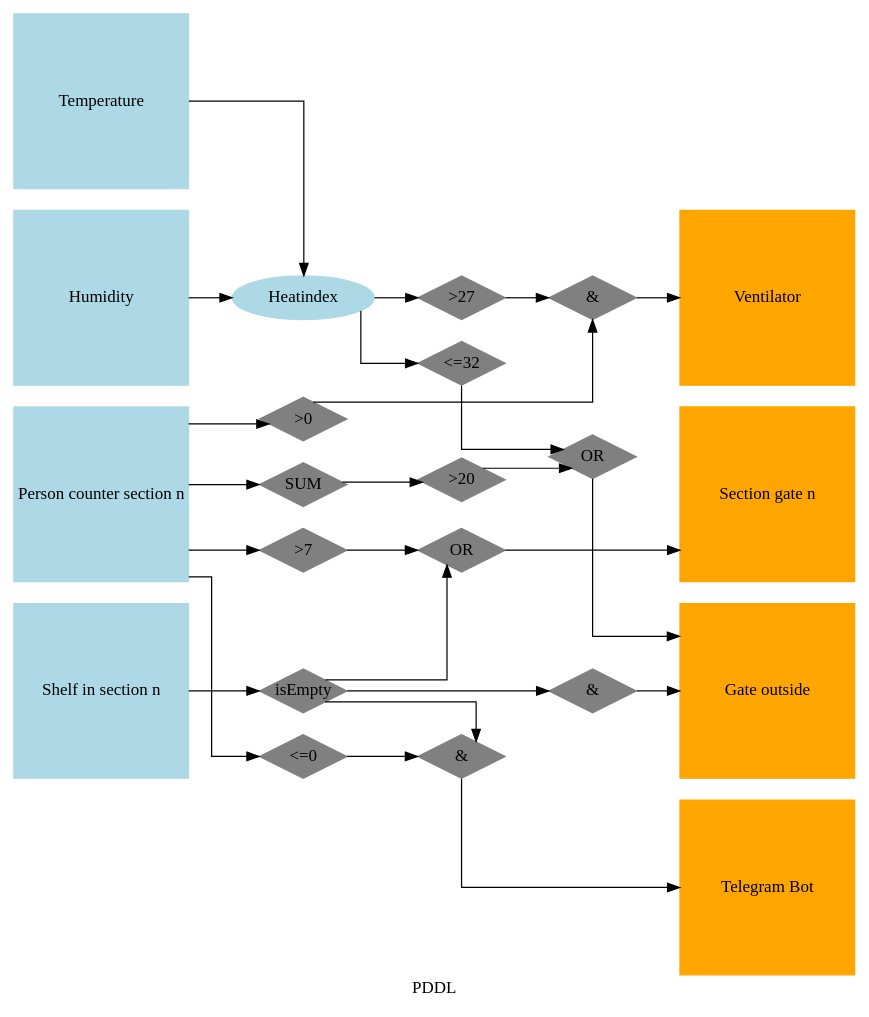
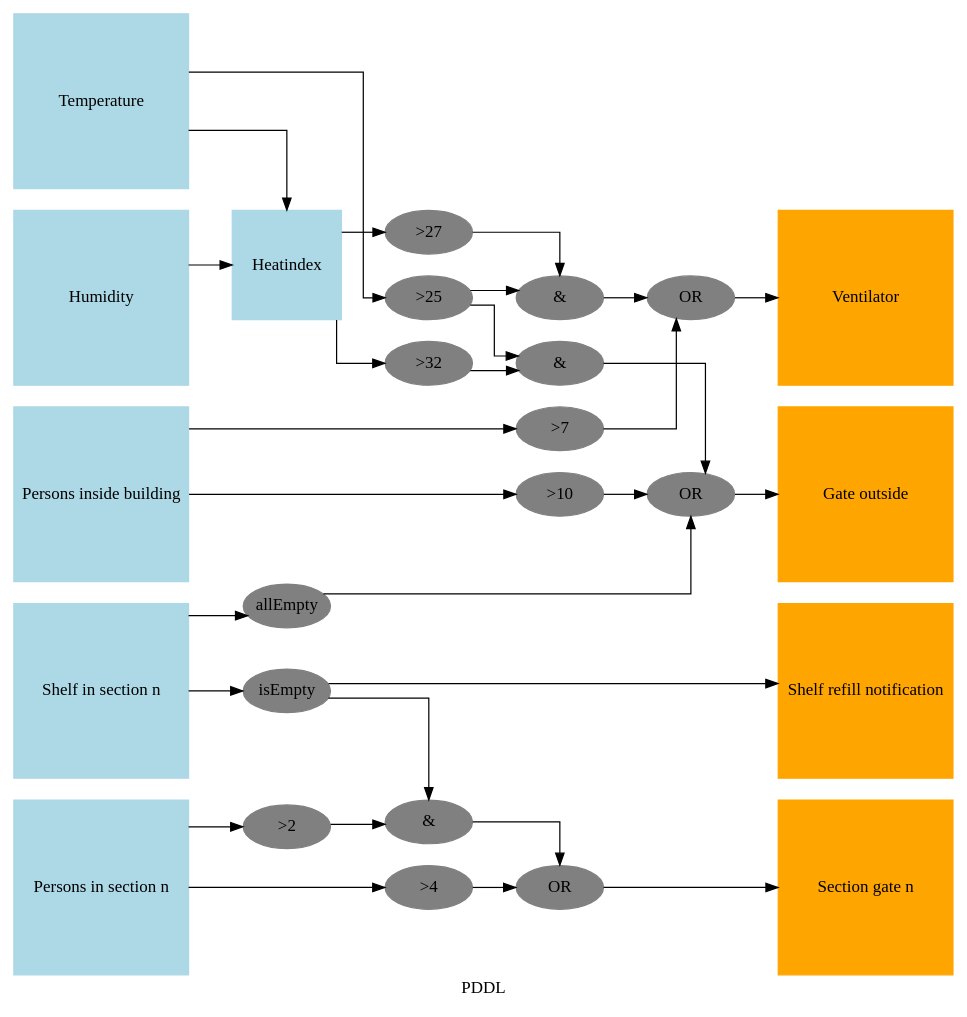
Before and after one commit to Stunkymonkey/Iot-university: the diagram in images/decision_tree.dot, drawn with Graphviz. The commit also changed 1 other file, not shown here.

Commit message:
[graph] updated graph

```diff
--- a/images/decision_tree.dot
+++ b/images/decision_tree.dot
@@ -1,66 +1,114 @@
 digraph G {
-    graph [label="PDDL", splines=ortho]
+    graph [label="PDDL", ortho=yes, splines=ortho]
     node [shape=box]
     rankdir=LR;
     compound=true;
 
     /* Sensors */
     temp    [label="Temperature", shape="square", style=filled, color=lightblue, fixedsize=true, width=2]
     humid   [label="Humidity", shape="square", style=filled, color=lightblue, fixedsize=true, width=2]
-    pcount  [label="Person counter section n", shape="square", style=filled, color=lightblue, fixedsize=true, width=2]
+    mcount [label="Persons inside building", shape="square", style=filled, color=lightblue, fixedsize=true, width=2]
+    pcount  [label="Persons in section n", shape="square", style=filled, color=lightblue, fixedsize=true, width=2]
     shelf   [label="Shelf in section n", shape="square", style=filled, color=lightblue, fixedsize=true, width=2]
-        index   [label="Heatindex", shape="oval", style=filled, color=lightblue]
+    index   [label="Heatindex", shape="square", style=filled, color=lightblue]
     /* Actuators */
     gateO   [label="Gate outside", shape="square", style=filled, color=orange, fixedsize=true, width=2]
     gateI   [label="Section gate n", shape="square", style=filled, color=orange, fixedsize=true, width=2]
     vent    [label="Ventilator", shape="square", style=filled, color=orange, fixedsize=true, width=2]
-    bot     [label="Telegram Bot", shape="square", style=filled, color=orange, fixedsize=true, width=2]/* Relationships */
+    bot     [label="Shelf refill notification", shape="square", style=filled, color=orange, fixedsize=true, width=2]/* Relationships */
 
     /* Logic operators */
-    and1    [label= "&", shape="diamond", color="black", style=filled, color=grey, fixedsize=true, width=1]
-    and2    [label= "&", shape="diamond", color="black", style=filled, color=grey, fixedsize=true, width=1]
-    and3    [label= "&", shape="diamond", color="black", style=filled, color=grey, fixedsize=true, width=1]
+    andTempIndex27    [label= "&", shape="oval", color="black", style=filled, color=grey, fixedsize=true, width=1]
+    andTempIndex32    [label= "&", shape="oval", color="black", style=filled, color=grey, fixedsize=true, width=1]
+    andShelfPcount    [label= "&", shape="oval", color="black", style=filled, color=grey, fixedsize=true, width=1]
     
-    or1     [label= "OR", shape="diamond", color="black", style=filled, color=grey, fixedsize=true, width=1]
-    or2     [label= "OR", shape="diamond", color="black", style=filled, color=grey, fixedsize=true, width=1]
+    
+    // and3    [label= "&", shape="oval", color="black", style=filled, color=grey, fixedsize=true, width=1]
+    
+    orGateO     [label= "OR", shape="oval", color="black", style=filled, color=grey, fixedsize=true, width=1]
+    orGateI     [label= "OR", shape="oval", color="black", style=filled, color=grey, fixedsize=true, width=1]
+    orVent     [label= "OR", shape="oval", color="black", style=filled, color=grey, fixedsize=true, width=1]
 
-    sum     [label= "SUM", shape="diamond", color="black", style=filled, color=grey, fixedsize=true, width=1]
+    // sum     [label= "SUM", shape="oval", color="black", style=filled, color=grey, fixedsize=true, width=1]
+    
+    biggerTemp25      [label= ">25", shape="oval", color="black", style=filled, color=grey, fixedsize=true, width=1]
+    biggerIndex32      [label= ">32", shape="oval", color="black", style=filled, color=grey, fixedsize=true, width=1]
+    biggerIndex27      [label= ">27", shape="oval", color="black", style=filled, color=grey, fixedsize=true, width=1]
+    biggerMcount7      [label= ">7", shape="oval", color="black", style=filled, color=grey, fixedsize=true, width=1]
+    biggerMcount10      [label= ">10", shape="oval", color="black", style=filled, color=grey, fixedsize=true, width=1]
+    isEmpty           [label= "isEmpty", shape="oval", color="black", style=filled, color=grey, fixedsize=true, width=1]
+    allEmpty           [label= "allEmpty", shape="oval", color="black", style=filled, color=grey, fixedsize=true, width=1]
+    
+    biggerPcount4      [label= ">4", shape="oval", color="black", style=filled, color=grey, fixedsize=true, width=1]
+    biggerPcount2      [label= ">2", shape="oval", color="black", style=filled, color=grey, fixedsize=true, width=1]
+   
 
-    b1      [label= ">27", shape="diamond", color="black", style=filled, color=grey, fixedsize=true, width=1]
-    b2      [label= ">0", shape="diamond", color="black", style=filled, color=grey, fixedsize=true, width=1]
-    b3      [label= ">20", shape="diamond", color="black", style=filled, color=grey, fixedsize=true, width=1]
-    b4      [label= ">7", shape="diamond", color="black", style=filled, color=grey, fixedsize=true, width=1]
-    s1      [label= "<=32", shape="diamond", color="black", style=filled, color=grey, fixedsize=true, width=1]
-    s2      [label= "<=0", shape="diamond", color="black", style=filled, color=grey, fixedsize=true, width=1]
-    is      [label= "isEmpty", shape="diamond", color="black", style=filled, color=grey, fixedsize=true, width=1]
-    
-    temp -> {index} [splines=ortho]
+    #Temperature + Humidity = Heatindex -> ventilator & gate outside
+    temp -> index
     humid -> index
-    index -> b1
-    b1 -> and1
-    pcount -> b2
-    b2 -> and1
-    and1 -> vent
-    index -> s1
-    pcount -> b4
-    shelf -> is
-    pcount -> sum
-    sum -> b3
-    s1 -> or1
-    b3 -> or1
-    or1 -> gateO
-    pcount -> s2
-    b4 -> or2
-    is -> or2
-    or2 -> gateI
-    s2 -> and2
-    is -> and2
-    and2 -> bot
-    is -> and3
-    and3 -> gateO
+    temp -> biggerTemp25 
+    index -> biggerIndex32
+    index -> biggerIndex27
+    biggerTemp25 -> andTempIndex32
+    biggerIndex32 -> andTempIndex32
+    biggerTemp25 -> andTempIndex27
+    biggerIndex27 -> andTempIndex27
+    andTempIndex32 -> orGateO
+    andTempIndex27 -> orVent
+
+    # Mainhall
+    mcount -> biggerMcount7
+    biggerMcount7 -> orVent
+    mcount -> biggerMcount10
+    biggerMcount10 -> orGateO
+
+    #Sections
+    shelf -> isEmpty 
+    isEmpty -> bot
+    pcount -> biggerPcount4
+    biggerPcount4 -> orGateI
+    pcount -> biggerPcount2
+    biggerPcount2 -> andShelfPcount
+    isEmpty -> andShelfPcount
+    andShelfPcount -> orGateI
+
+    shelf -> allEmpty
+    allEmpty -> orGateO
+
+    orGateO -> gateO
+    orGateI -> gateI
+    orVent -> vent
+
+
+    // temp -> b0
+    // humid -> index
+    // index -> b1
+    // b1 -> and1
+    // // b0 -> and1
+    // and1 -> vent
+    // index -> s1
+    // b0 -> s1
+    // pcount -> b4
+    // mcount -> bMainhall
+    // bMainhall -> vent
+    // shelf -> is
+    // // pcount -> sum
+    // // sum -> b3
+    // s1 -> or1
+    // b3 -> or1
+    // or1 -> gateO
+    // pcount -> s2
+    // b4 -> or2
+    // is -> or2
+    // or2 -> gateI
+    // s2 -> and2
+    // is -> and2
+    // and2 -> bot
+    // is -> and3
+    // and3 -> gateO
 
     
     /* Ranks */
-    { rank=min; temp, humid, pcount, shelf; }
+    { rank=min; temp, humid, mcount, pcount, shelf; }
     { rank=max; gateO, gateI, vent, bot; }
 }
```
